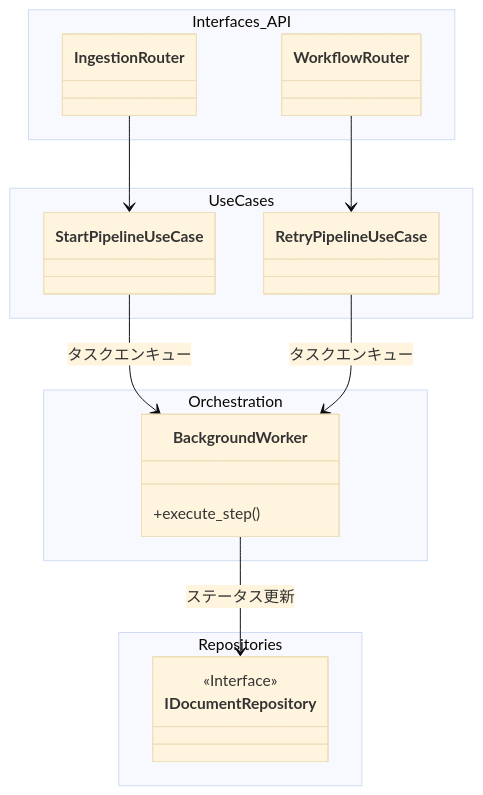
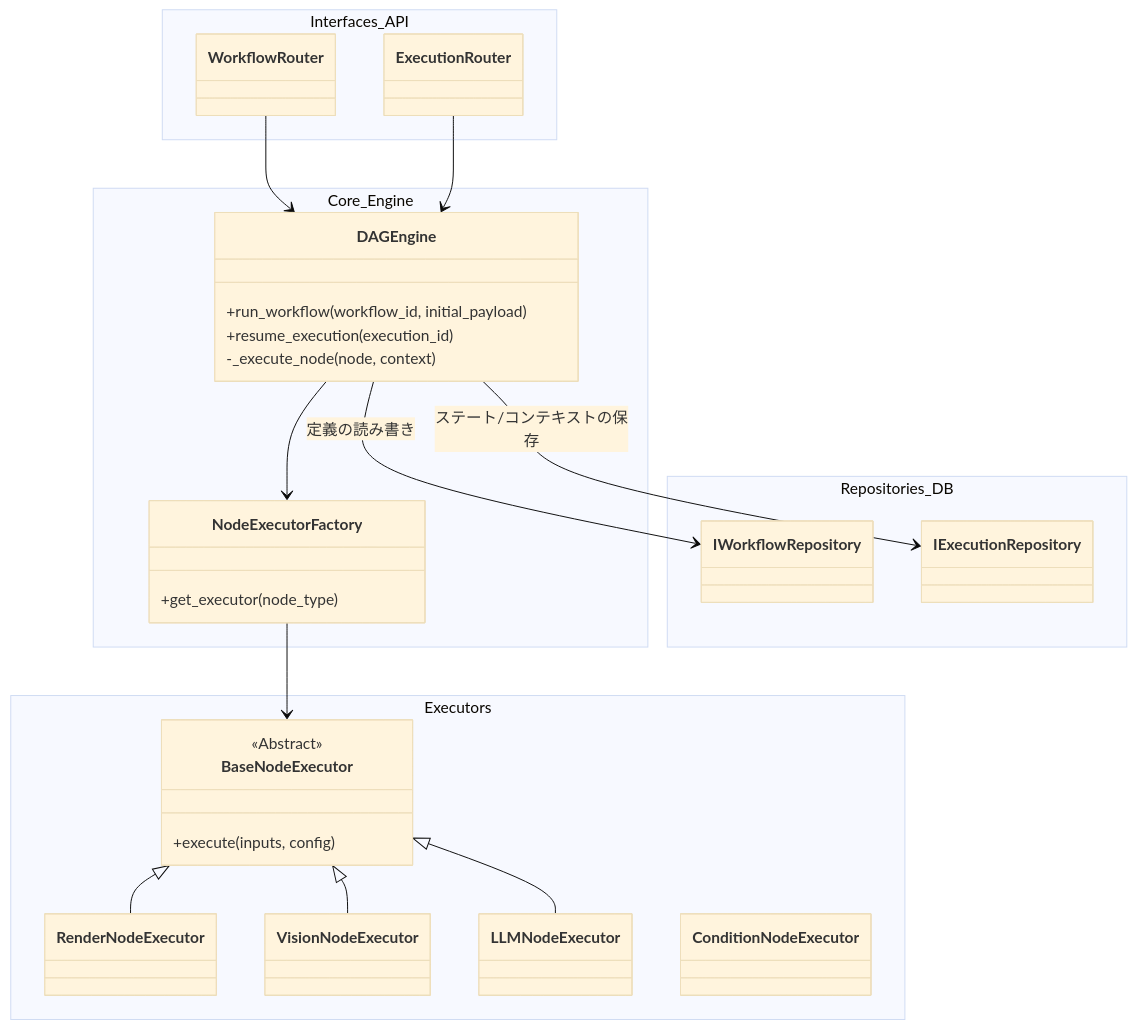
Before and after one commit to hiroooo000/ontoNgn: the first of 4 diagrams in docs/detail_design/01_workflow_orchestrator.md, drawn with Mermaid (base theme). The commit also changed other lines of this file and 4 other files, not shown here.

Commit message:
docs: separate console ui into portal, workflow, schema evolution and document management

````diff
--- a/docs/detail_design/01_workflow_orchestrator.md
+++ b/docs/detail_design/01_workflow_orchestrator.md
@@ -17,32 +19,46 @@
 ```mermaid
 classDiagram
     direction TB
     
     namespace Interfaces_API {
-        class IngestionRouter
         class WorkflowRouter
+        class ExecutionRouter
     }
     
-    namespace UseCases {
-        class StartPipelineUseCase
-        class RetryPipelineUseCase
-    }
-    
-    namespace Orchestration {
-        class BackgroundWorker {
-            +execute_step()
+    namespace Core_Engine {
+        class DAGEngine {
+            +run_workflow(workflow_id, initial_payload)
+            +resume_execution(execution_id)
+            -_execute_node(node, context)
+        }
+        class NodeExecutorFactory {
+            +get_executor(node_type)
         }
     }
     
-    namespace Repositories {
-        class IDocumentRepository {
-            <<Interface>>
+    namespace Executors {
+        class BaseNodeExecutor {
+            <<Abstract>>
+            +execute(inputs, config)
         }
+        class RenderNodeExecutor
+        class VisionNodeExecutor
+        class LLMNodeExecutor
+        class ConditionNodeExecutor
+    }
+    
+    namespace Repositories_DB {
+        class IWorkflowRepository
+        class IExecutionRepository
     }
 
-    IngestionRouter --> StartPipelineUseCase
-    WorkflowRouter --> RetryPipelineUseCase
-    StartPipelineUseCase --> BackgroundWorker : タスクエンキュー
-    RetryPipelineUseCase --> BackgroundWorker : タスクエンキュー
-    BackgroundWorker --> IDocumentRepository : ステータス更新
+    WorkflowRouter --> DAGEngine
+    ExecutionRouter --> DAGEngine
+    DAGEngine --> NodeExecutorFactory
+    NodeExecutorFactory --> BaseNodeExecutor
+    BaseNodeExecutor <|-- RenderNodeExecutor
+    BaseNodeExecutor <|-- VisionNodeExecutor
+    BaseNodeExecutor <|-- LLMNodeExecutor
+    DAGEngine --> IWorkflowRepository : 定義の読み書き
+    DAGEngine --> IExecutionRepository : ステート/コンテキストの保存
 ```
````
